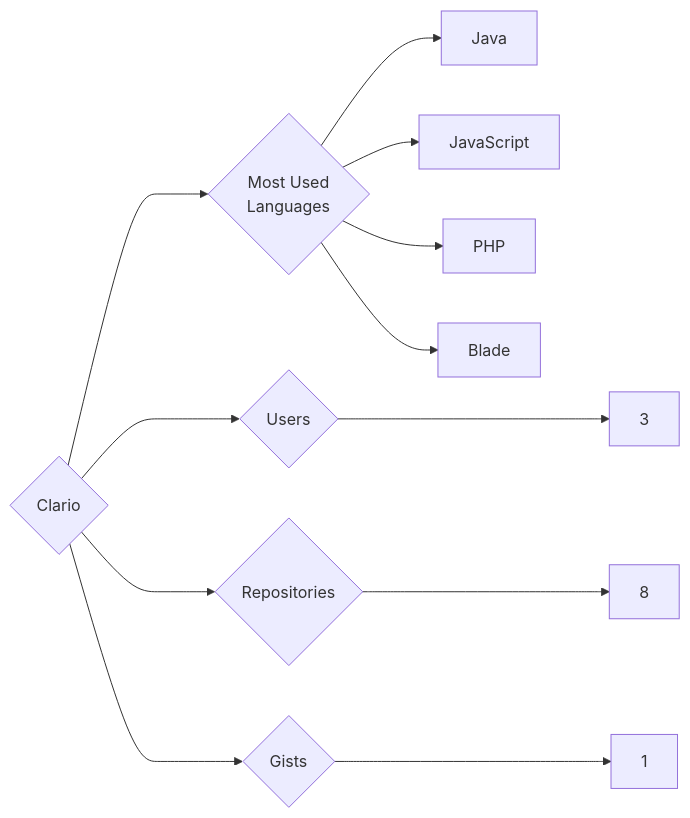
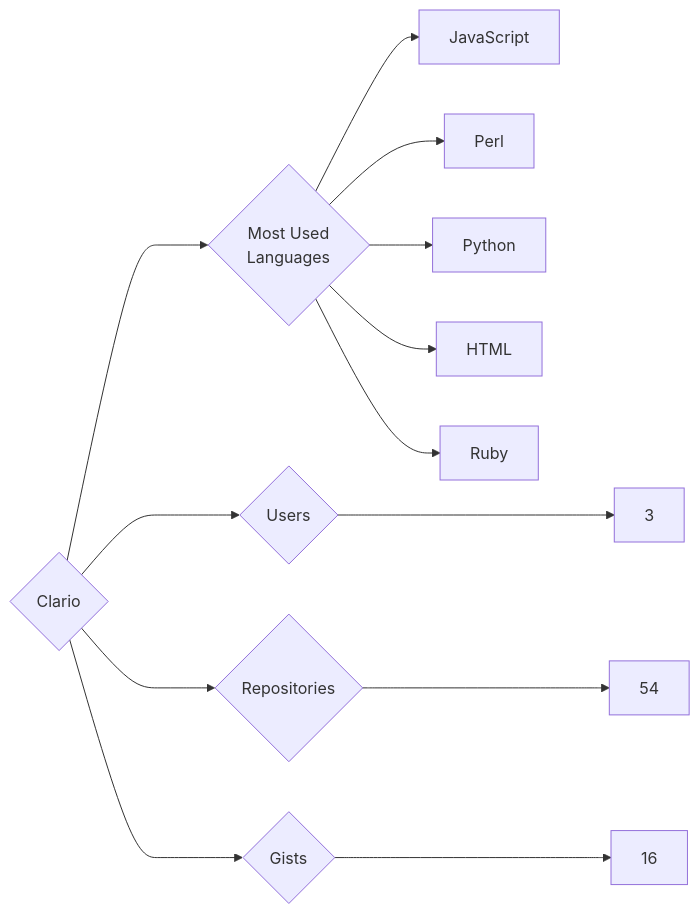
The diagram in targets/Clario/README.md (trickest/insiders), drawn with Mermaid before and after one commit. The commit also changed 1141 other files, not shown here.

````diff
--- a/targets/Clario/README.md
+++ b/targets/Clario/README.md
@@ -3,12 +3,13 @@
 ```mermaid
 graph LR
 COMPANY_NAME{Clario}
 COMPANY_NAME ---> U{Users} ---> UN[3]
-COMPANY_NAME ---> R{Repositories} ---> RN[8]
-COMPANY_NAME ---> G{Gists} ---> GN[1]
+COMPANY_NAME ---> R{Repositories} ---> RN[54]
+COMPANY_NAME ---> G{Gists} ---> GN[16]
 COMPANY_NAME ---> ML{Most Used<br>Languages}
-ML --> Java[Java]
 ML --> JavaScript[JavaScript]
-ML --> PHP[PHP]
-ML --> Blade[Blade]
+ML --> Perl[Perl]
+ML --> Python[Python]
+ML --> HTML[HTML]
+ML --> Ruby[Ruby]
 ```
````
